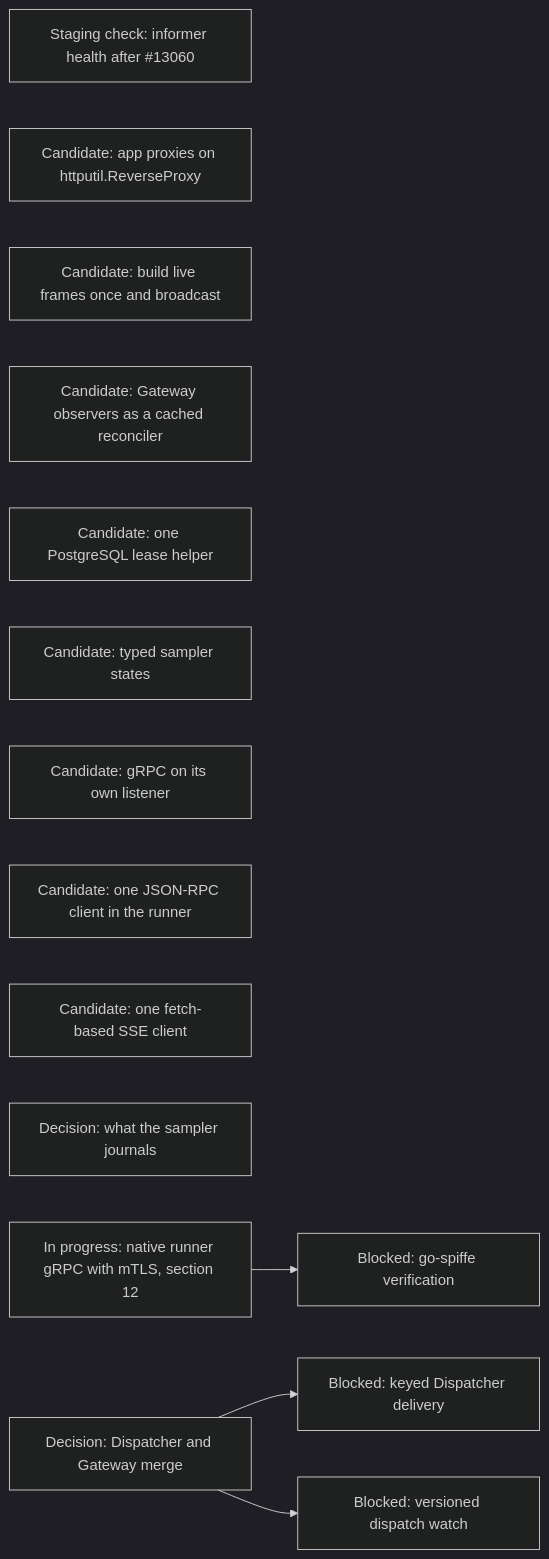
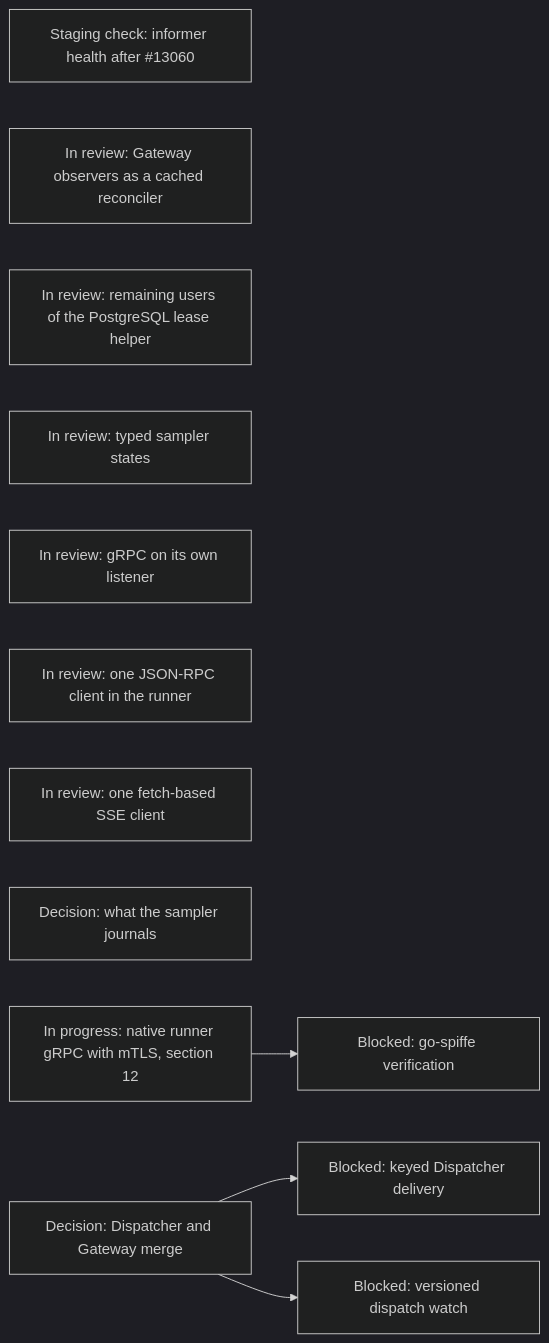
One commit to agentydragon/ducktape changed diagram 18 of 18 in agentplane/plans/task_dag.md. Above: the diagram before and after it, drawn with Mermaid (dark theme). The commit also changed other lines of this file and 4 other files, not shown here.

````diff
--- a/agentplane/plans/task_dag.md
+++ b/agentplane/plans/task_dag.md
@@ -1924,16 +1924,14 @@
 ```mermaid
 flowchart LR
     KUBERNETES_NATIVE_WATCH_HEALTH[Staging check: informer health after #13060]
-    APP_PROXY_REVERSE_PROXY[Candidate: app proxies on httputil.ReverseProxy]
-    APP_LIVE_FRAME_BROADCAST[Candidate: build live frames once and broadcast]
-    GATEWAY_OBSERVER_RECONCILER[Candidate: Gateway observers as a cached reconciler]
-    POSTGRES_LEASE_HELPER[Candidate: one PostgreSQL lease helper]
-    SAMPLER_TYPED_STATE[Candidate: typed sampler states]
-    GRPC_NATIVE_LISTENER[Candidate: gRPC on its own listener]
-    RUNNER_JSONRPC[Candidate: one JSON-RPC client in the runner]
-    FRONTEND_SSE_CLIENT[Candidate: one fetch-based SSE client]
+    GATEWAY_OBSERVER_RECONCILER[In review: Gateway observers as a cached reconciler]
+    POSTGRES_LEASE_HELPER[In review: remaining users of the PostgreSQL lease helper]
+    SAMPLER_TYPED_STATE[In review: typed sampler states]
+    GRPC_NATIVE_LISTENER[In review: gRPC on its own listener]
+    RUNNER_JSONRPC[In review: one JSON-RPC client in the runner]
+    FRONTEND_SSE_CLIENT[In review: one fetch-based SSE client]
     SAMPLER_JOURNAL_DIET[Decision: what the sampler journals]
     RUNNER_CONTROL_TRANSPORT_DESIGN[In progress: native runner gRPC with mTLS, section 12] --> RUNNER_MTLS_GO_SPIFFE[Blocked: go-spiffe verification]
     DISPATCHER_PERSISTENCE_MODEL_DESIGN[Decision: Dispatcher and Gateway merge] --> DISPATCHER_KEYED_DELIVERY[Blocked: keyed Dispatcher delivery]
     DISPATCHER_PERSISTENCE_MODEL_DESIGN --> DISPATCHER_WATCH_VERSIONS[Blocked: versioned dispatch watch]
 ```
````
